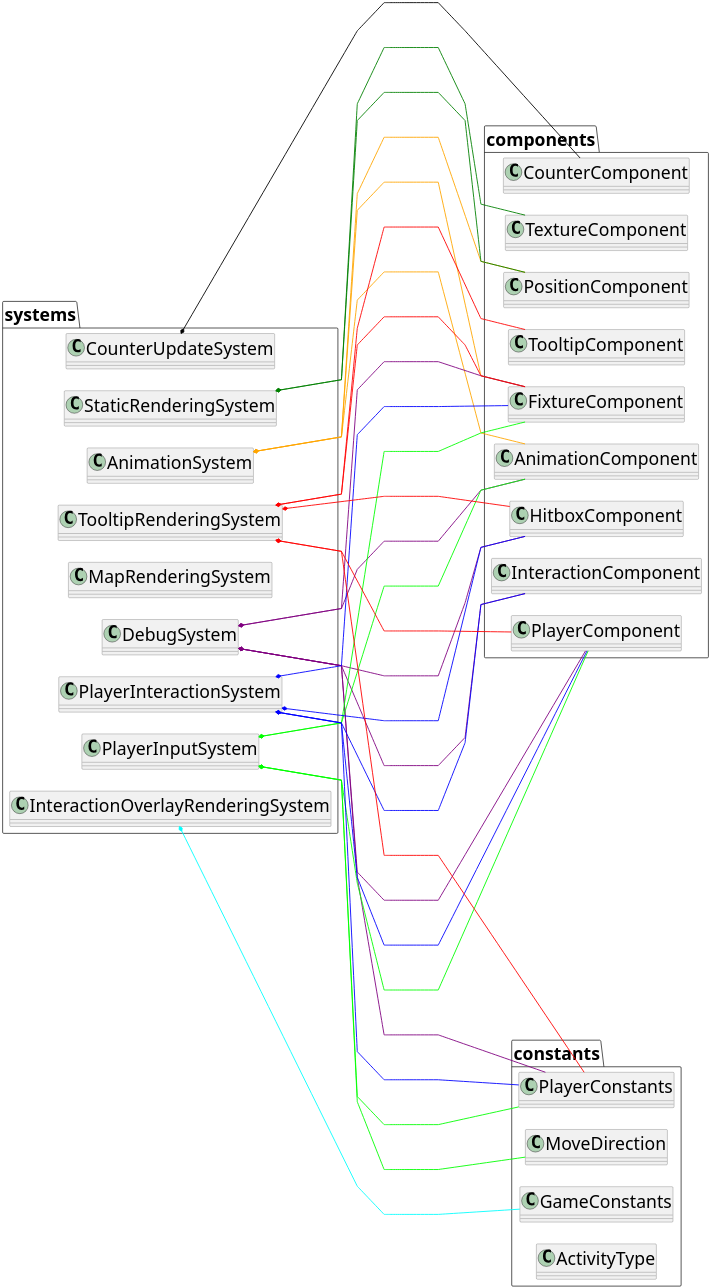
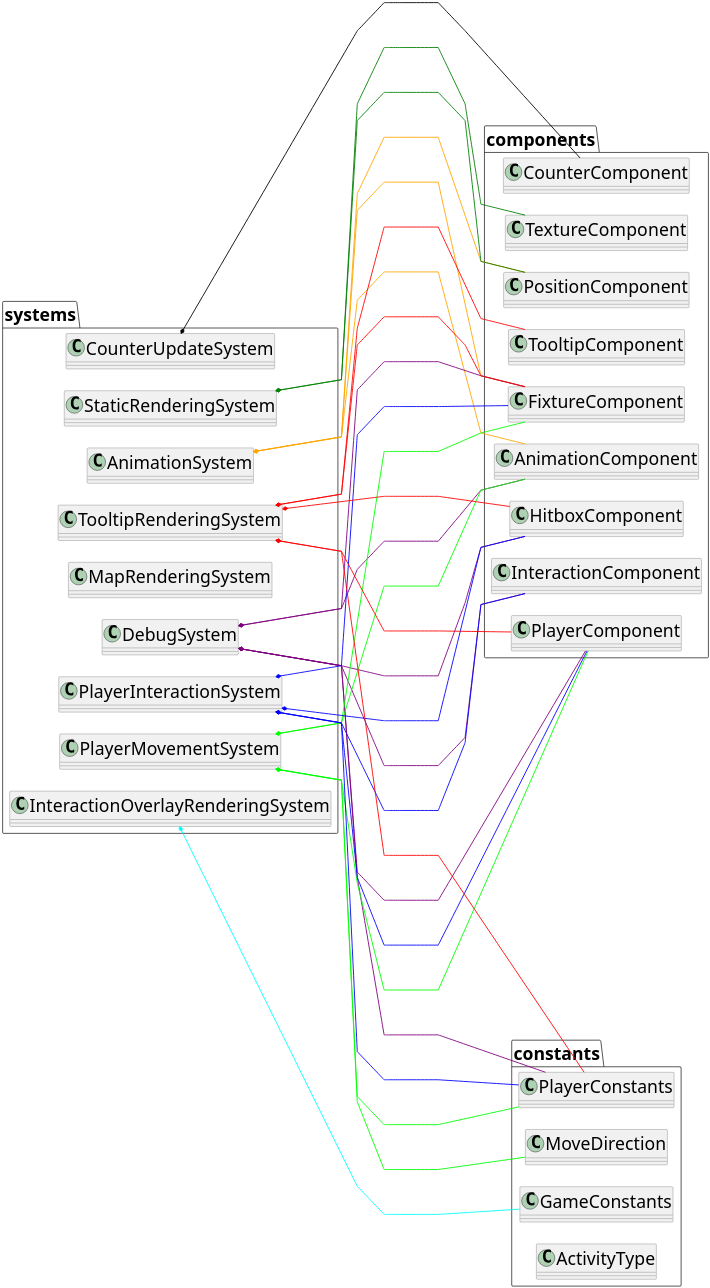
One commit to ENG1-Group-9-2024/Heslington-Hustle-2 changed the diagram in architecture/class diagram3.puml. Above: the diagram before and after it, drawn with PlantUML. The commit also changed 15 other files, not shown here.

```diff
--- a/architecture/class diagram3.puml
+++ b/architecture/class diagram3.puml
@@ -16,12 +16,12 @@
 '
 '
 'package screens{
-'    class MainMenu {
+'    class Options {
 '        - game: HeslingtonHustle
 '        - camera: Camera
 '        - stage: Stage
 '        - root: Table
-'        + MainMenu(game: HeslingtonHustle)
+'        + Options(game: HeslingtonHustle)
 '        + render(v: float): void
 '        + show(): void
 '        + resize(width: int, height: int): void
@@ -249,14 +249,14 @@
 '        + update(deltaTime: float): void
     }
 
-    class PlayerInputSystem {
+    class PlayerMovementSystem {
 '            - gameState: GameState
 '            - playerEntity: Entity
 '            - velocity: Vector2
 '            - pm: ComponentMapper<PlayerComponent>
 '            - fm: ComponentMapper<FixtureComponent>
 '            - am: ComponentMapper<AnimationComponent>
-'            + PlayerInputSystem(gameState: GameState)
+'            + PlayerMovementSystem(gameState: GameState)
 '            + addedToEngine(engine: Engine): void
 '            + update(deltaTime: float): void
             }
@@ -308,7 +308,8 @@
 
 'HeslingtonHustle *------- EndScreen
 'HeslingtonHustle *------- Playing
-'HeslingtonHustle *- MainMenu
+'HeslingtonHustle *- Options
+
 
 AnimationSystem *------- AnimationComponent #orange
 AnimationSystem *------- FixtureComponent #orange
@@ -327,11 +328,11 @@
 
 
 
-PlayerInputSystem *-------AnimationComponent #Lime
-PlayerInputSystem *-------FixtureComponent #Lime
-PlayerInputSystem *-------PlayerComponent #Lime
-PlayerInputSystem *-------MoveDirection #Lime
-PlayerInputSystem *-------PlayerConstants #Lime
+PlayerMovementSystem *-------AnimationComponent #Lime
+PlayerMovementSystem *-------FixtureComponent #Lime
+PlayerMovementSystem *-------PlayerComponent #Lime
+PlayerMovementSystem *-------MoveDirection #Lime
+PlayerMovementSystem *-------PlayerConstants #Lime
 
 PlayerInteractionSystem *-------FixtureComponent #blue
 PlayerInteractionSystem *-------HitboxComponent #blue
@@ -378,7 +379,7 @@
 'Playing *--- DebugSystem
 'Playing *--- InteractionOverlayRenderingSystem
 'Playing *--- MapRenderingSystem
-'Playing *--- PlayerInputSystem
+'Playing *--- PlayerMovementSystem
 'Playing *--- PlayerInteractionSystem
 'Playing *--- StaticRenderingSystem
 'Playing *--- TooltipRenderingSystem
```
